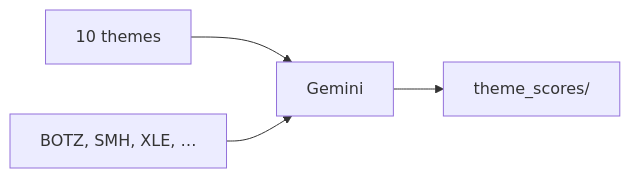
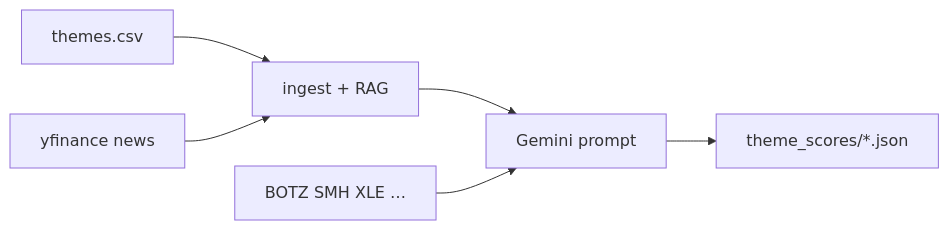
One commit to wanmingz/ai_factor_barra changed the second of 2 diagrams in README.md. Above: the diagram before and after it, drawn with Mermaid. The commit also changed other lines of this file and 1 other file, not shown here.

````diff
--- a/README.md
+++ b/README.md
@@ -134,6 +159,8 @@
 ```mermaid
 flowchart LR
-    THEMES[10 themes] --> GEM[Gemini]
-    ETF[BOTZ, SMH, XLE, …] --> GEM
-    GEM --> JSON[theme_scores/]
+    CSV[themes.csv] --> Ingest
+    YF[yfinance news] --> Ingest[ingest + RAG]
+    Ingest --> Prompt[Gemini prompt]
+    ETF[BOTZ SMH XLE …] --> Prompt
+    Prompt --> JSON["theme_scores/*.json"]
 ```
````
